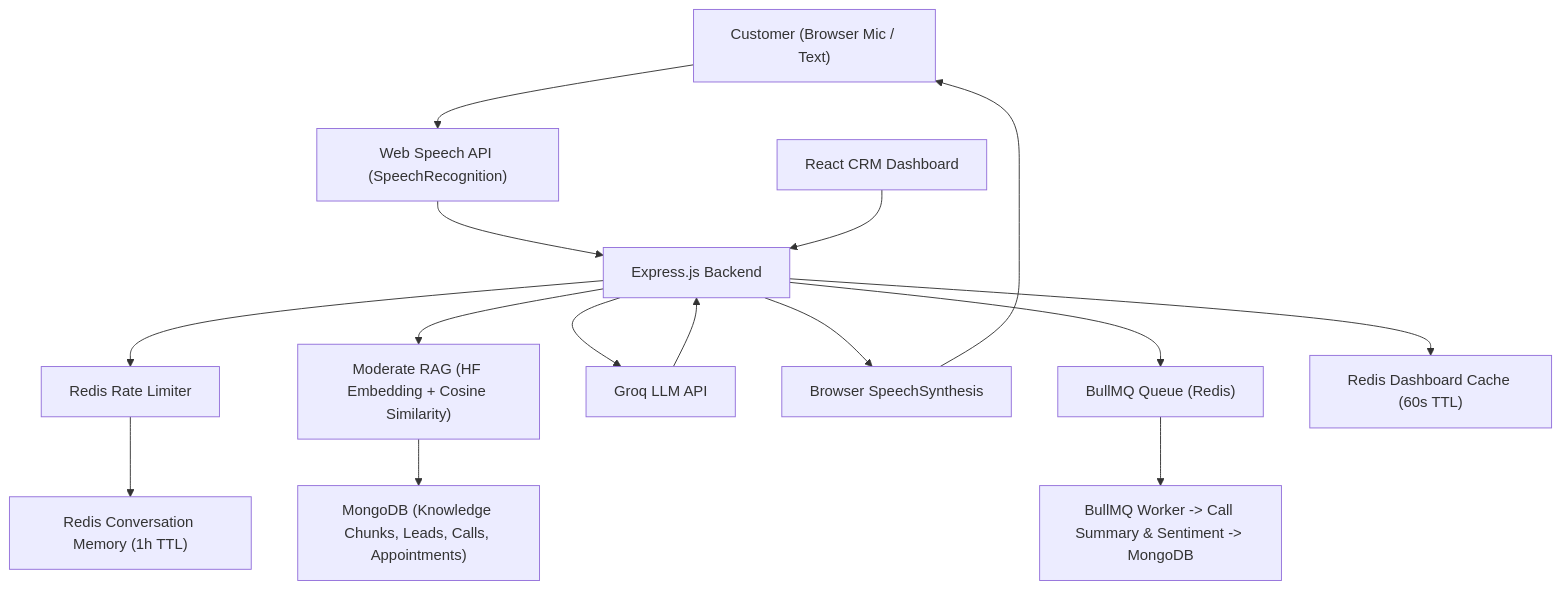
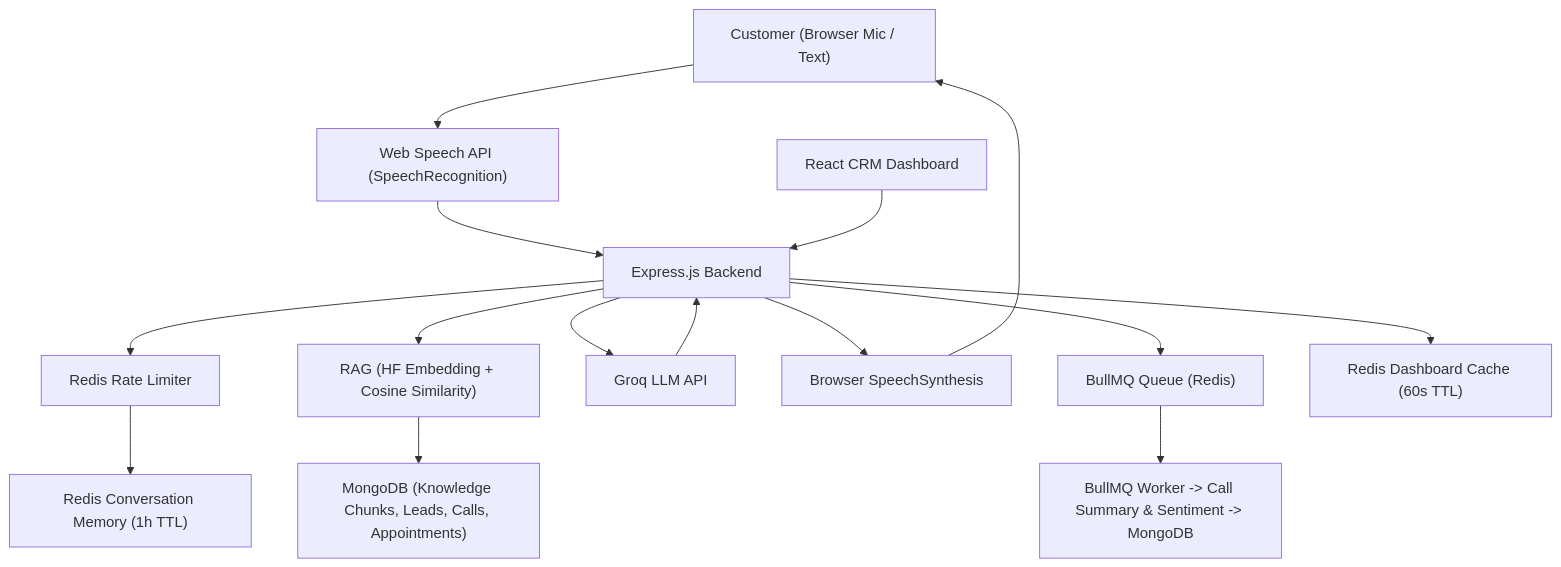
The first of 2 diagrams in README.md (vishal1238/VoxLead-AI), drawn with Mermaid before and after one commit. The commit also changed other lines of this file, not shown here.

````diff
--- a/README.md
+++ b/README.md
@@ -50,17 +50,17 @@
 ```mermaid
 flowchart TD
     C["Customer (Browser Mic / Text)"] --> SR["Web Speech API (SpeechRecognition)"]
     SR --> API["Express.js Backend"]
     API --> RL["Redis Rate Limiter"]
     RL --> RM["Redis Conversation Memory (1h TTL)"]
-    API --> RAG["Moderate RAG (HF Embedding + Cosine Similarity)"]
+    API --> RAG[" RAG (HF Embedding + Cosine Similarity)"]
     RAG --> MDB["MongoDB (Knowledge Chunks, Leads, Calls, Appointments)"]
     API --> GROQ["Groq LLM API"]
     GROQ --> API
     API --> SS["Browser SpeechSynthesis"]
     SS --> C
     API --> BQ["BullMQ Queue (Redis)"]
     BQ --> BW["BullMQ Worker -> Call Summary & Sentiment -> MongoDB"]
     CRM["React CRM Dashboard"] --> API
     API --> DC["Redis Dashboard Cache (60s TTL)"]
 ```
````
